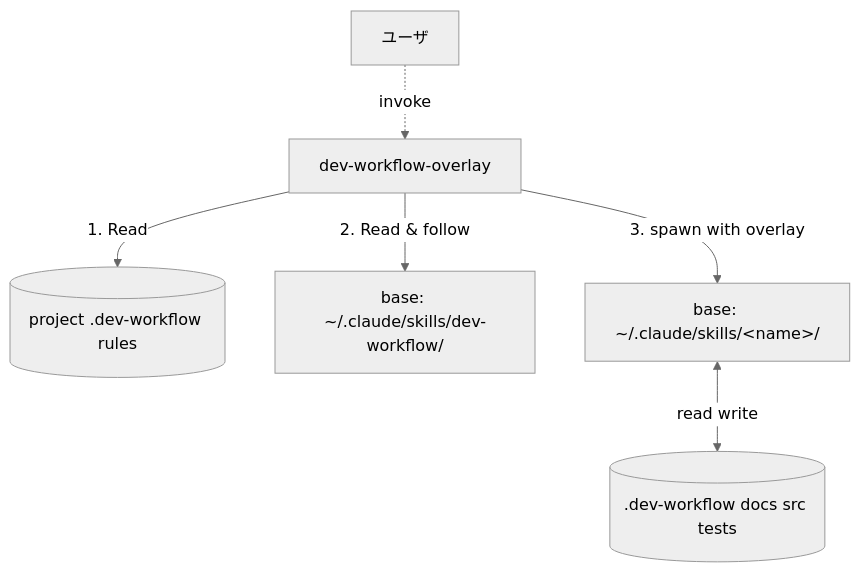
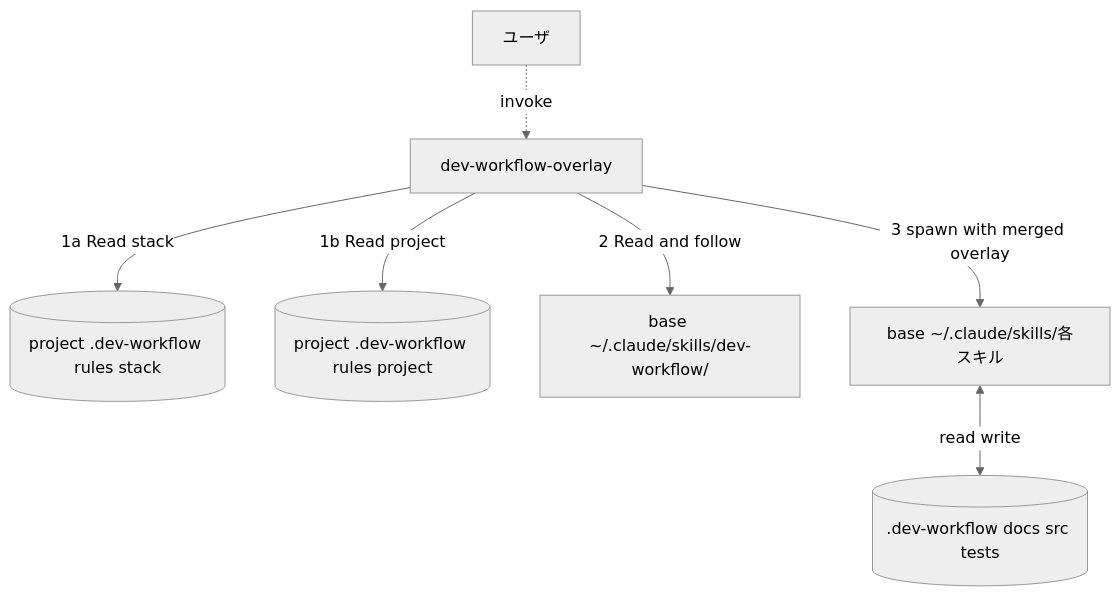
Before and after one commit to yamasuki-/software_dev_workflow: the second of 3 diagrams in README.md, drawn with Mermaid (neutral theme). The commit also changed other lines of this file and 3 other files, not shown here.

````diff
--- a/README.md
+++ b/README.md
@@ -692,8 +693,9 @@
 ```mermaid
 flowchart TD
     User[ユーザ] -.invoke.-> Overlay[dev-workflow-overlay]
-    Overlay -->|1. Read| Rules[(project .dev-workflow rules)]
-    Overlay -->|2. Read & follow| BaseOrch[base: ~/.claude/skills/dev-workflow/]
-    Overlay -->|3. spawn with overlay| BaseSkill[base: ~/.claude/skills/&lt;name&gt;/]
+    Overlay -->|1a Read stack| RulesStack[(project .dev-workflow rules stack)]
+    Overlay -->|1b Read project| RulesProject[(project .dev-workflow rules project)]
+    Overlay -->|2 Read and follow| BaseOrch[base ~/.claude/skills/dev-workflow/]
+    Overlay -->|3 spawn with merged overlay| BaseSkill[base ~/.claude/skills/各スキル]
     BaseSkill <-->|read write| Files[(.dev-workflow docs src tests)]
 ```
````
